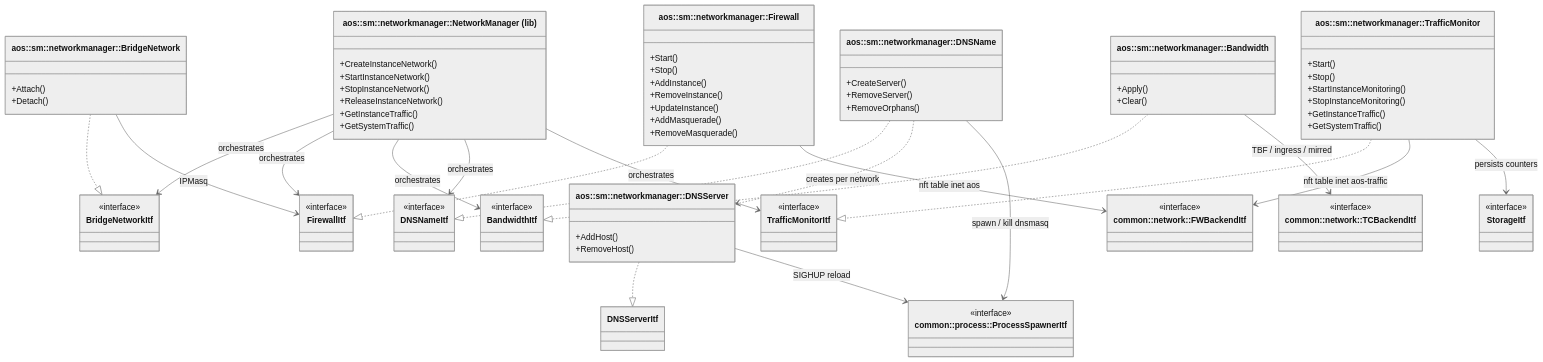
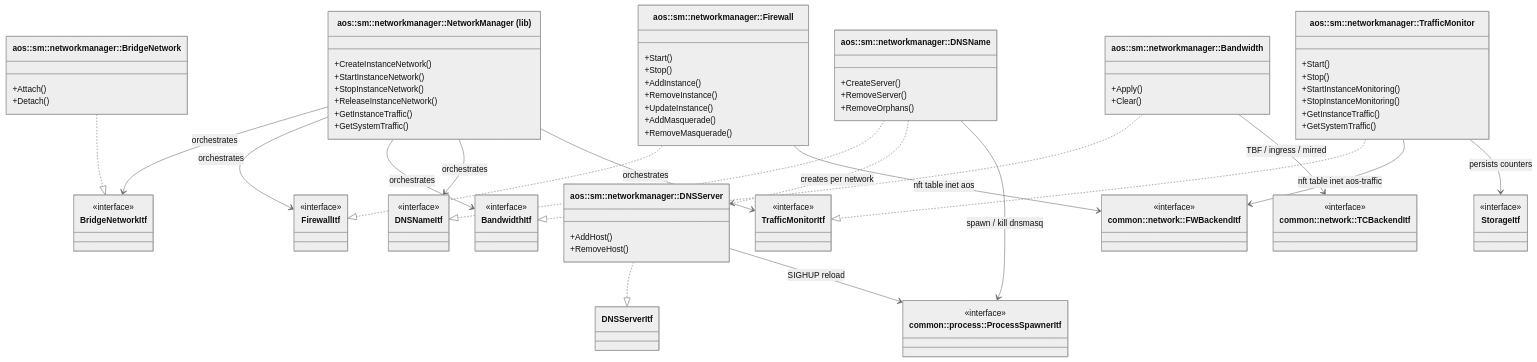
Before and after one commit to aosedge/aos_core_cpp: the first of 2 diagrams in src/sm/networkmanager/networkmanager.md, drawn with Mermaid (neutral theme). The commit also changed other lines of this file and 5 other files, not shown here.

```diff
--- a/src/sm/networkmanager/networkmanager.md
+++ b/src/sm/networkmanager/networkmanager.md
@@ -110,7 +110,6 @@
     NetworkManager --> DNSNameItf : orchestrates
     NetworkManager --> TrafficMonitorItf : orchestrates
 
-    BridgeNetwork --> FirewallItf : IPMasq
     Firewall --> FWBackendItf : nft table inet aos
     TrafficMonitor --> FWBackendItf : nft table inet aos-traffic
     TrafficMonitor --> StorageItf : persists counters
```
